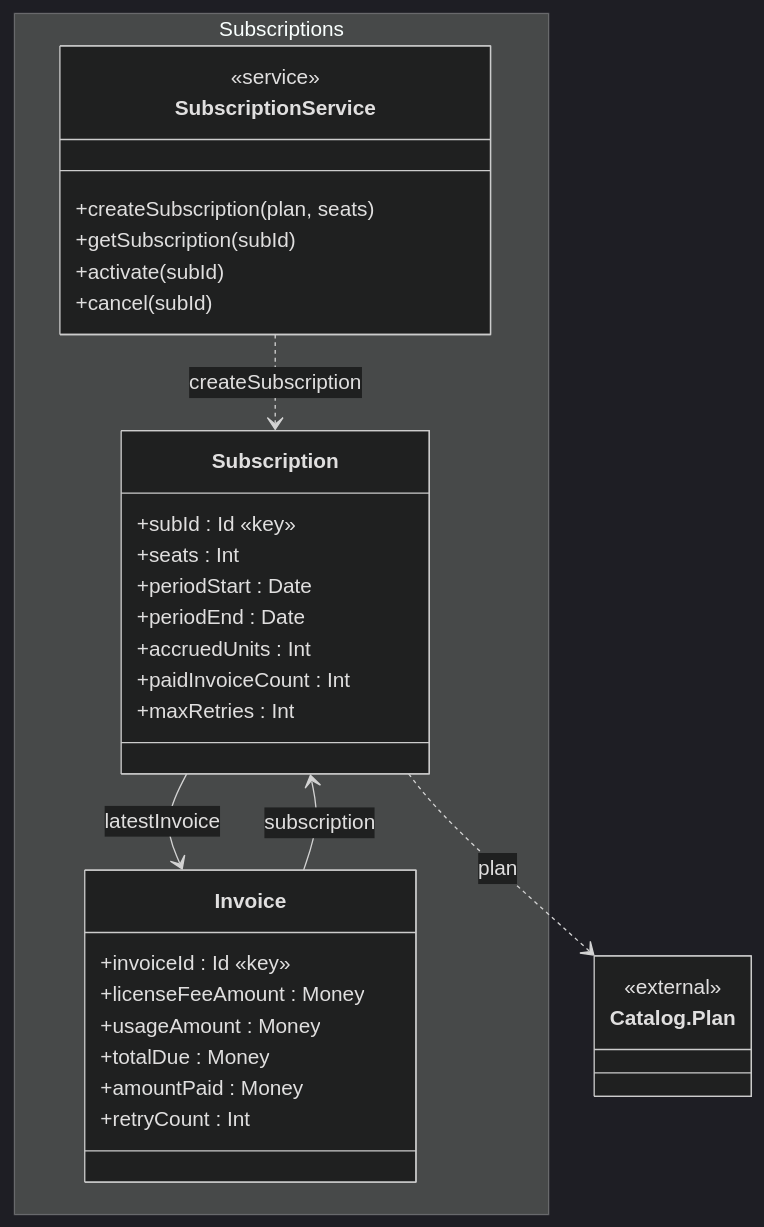
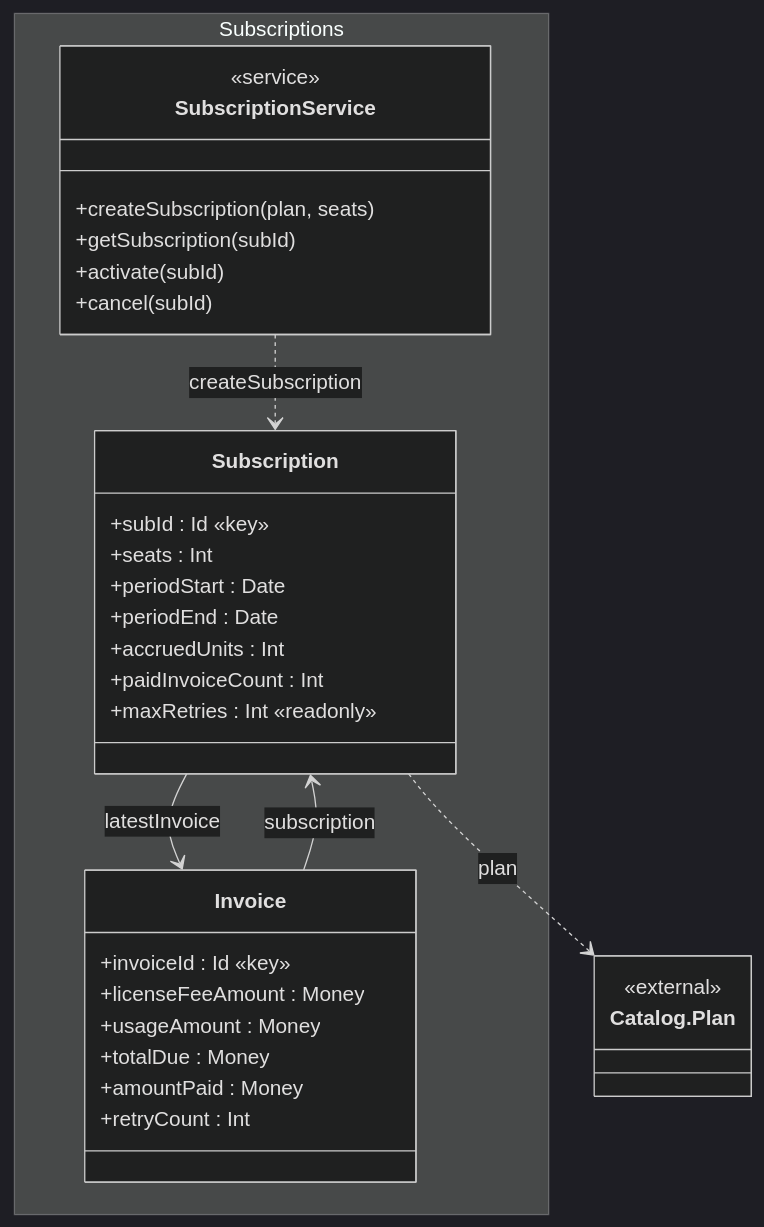
Before and after one commit to qooleot/lattice: the diagram in specs/subscriptions/diagrams/CD_Subscriptions.mmd, drawn with Mermaid (dark theme). The commit also changed 6 other files, not shown here.

Commit message:
feat: migrate committed spec to const (plan, maxRetries, Invoice.subscription) + regenerate package + docs

```diff
--- a/specs/subscriptions/diagrams/CD_Subscriptions.mmd
+++ b/specs/subscriptions/diagrams/CD_Subscriptions.mmd
@@ -1,35 +1,35 @@
 %% generated by lattice; do not edit
 classDiagram
   namespace Subscriptions {
     class Subscription {
       +subId : Id «key»
       +seats : Int
       +periodStart : Date
       +periodEnd : Date
       +accruedUnits : Int
       +paidInvoiceCount : Int
-      +maxRetries : Int
+      +maxRetries : Int «readonly»
     }
     class Invoice {
       +invoiceId : Id «key»
       +licenseFeeAmount : Money
       +usageAmount : Money
       +totalDue : Money
       +amountPaid : Money
       +retryCount : Int
     }
     class SubscriptionService {
       <<service>>
       +createSubscription(plan, seats)
       +getSubscription(subId)
       +activate(subId)
       +cancel(subId)
     }
   }
   class Catalog_Plan["Catalog.Plan"] {
     <<external>>
   }
   Subscription --> Invoice : latestInvoice
   Invoice --> Subscription : subscription
   SubscriptionService ..> Subscription : createSubscription
   Subscription ..> Catalog_Plan : plan
```
